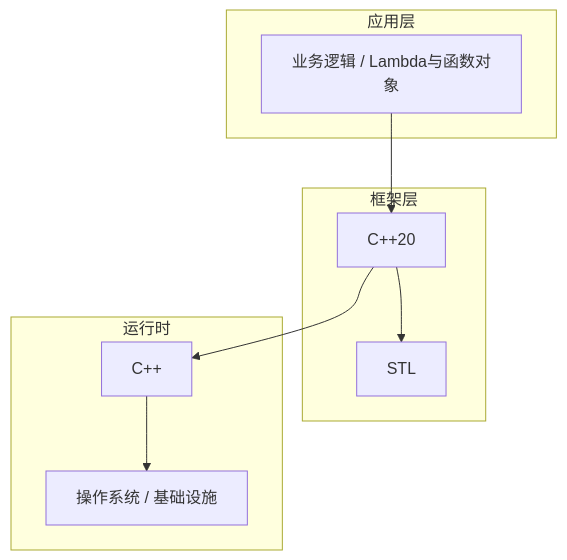
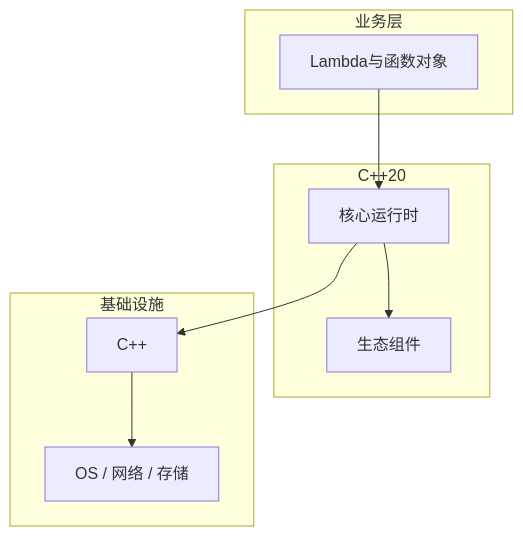
Before and after one commit to yanggan2015/knowledge-json-v2: the diagram in articles/C++/chapters/136-Lambda与函数对象核心概念与原理.md, drawn with Mermaid. The commit also changed other lines of this file and 10127 other files, not shown here.

````diff
--- a/articles/C++/chapters/136-Lambda与函数对象核心概念与原理.md
+++ b/articles/C++/chapters/136-Lambda与函数对象核心概念与原理.md
@@ -45,18 +34,18 @@
 ```mermaid
 graph TB
-    subgraph 应用层
-        A[业务逻辑 / Lambda与函数对象]
+    subgraph 业务层
+        A[Lambda与函数对象]
     end
-    subgraph 框架层
-        B[C++20]
-        C[STL]
+    subgraph C++20
+        B[核心运行时]
+        C[生态组件]
     end
-    subgraph 运行时
+    subgraph 基础设施
         D[C++]
-        E[操作系统 / 基础设施]
+        E[OS / 网络 / 存储]
     end
     A --> B
     B --> C
     B --> D
     D --> E
 ```
````
